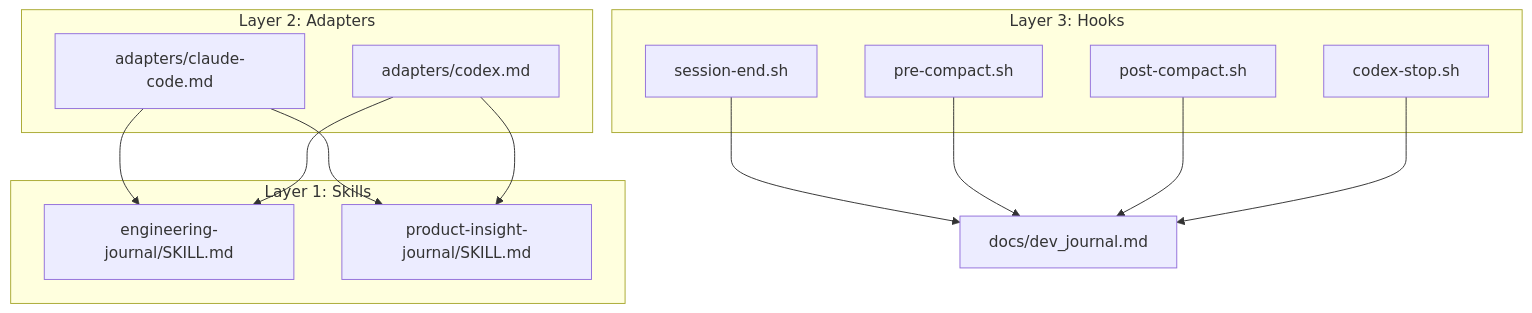
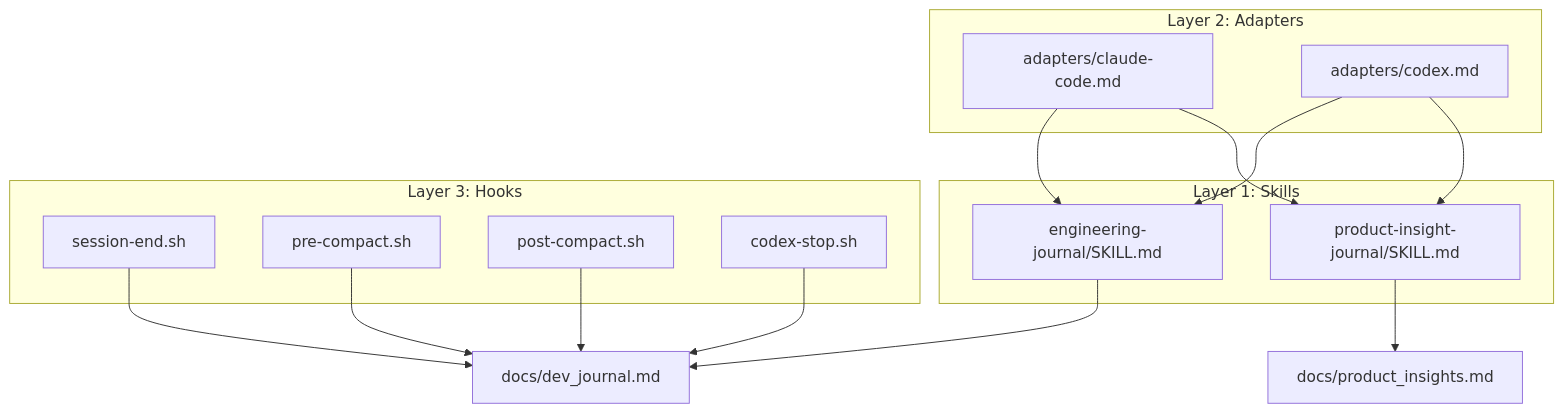
Before and after one commit to aidandevv/agent-skills-garden: the second of 3 diagrams in journaling/README.md, drawn with Mermaid. The commit also changed other lines of this file and 3 other files, not shown here.

````diff
--- a/journaling/README.md
+++ b/journaling/README.md
@@ -45,28 +103,30 @@
 ```mermaid
 flowchart TB
   subgraph "Layer 1: Skills"
     Eng["engineering-journal/SKILL.md"]
     Product["product-insight-journal/SKILL.md"]
   end
 
   subgraph "Layer 2: Adapters"
     ClaudeAdapter["adapters/claude-code.md"]
     CodexAdapter["adapters/codex.md"]
   end
 
   subgraph "Layer 3: Hooks"
     SessionEnd["session-end.sh"]
     PreCompact["pre-compact.sh"]
     PostCompact["post-compact.sh"]
     CodexStop["codex-stop.sh"]
   end
 
   ClaudeAdapter --> Eng
   ClaudeAdapter --> Product
   CodexAdapter --> Eng
   CodexAdapter --> Product
-  SessionEnd --> DevJournal["docs/dev_journal.md"]
+  Eng --> DevJournal["docs/dev_journal.md"]
+  Product --> ProductJournal["docs/product_insights.md"]
+  SessionEnd --> DevJournal
   PreCompact --> DevJournal
   PostCompact --> DevJournal
   CodexStop --> DevJournal
 ```
````
